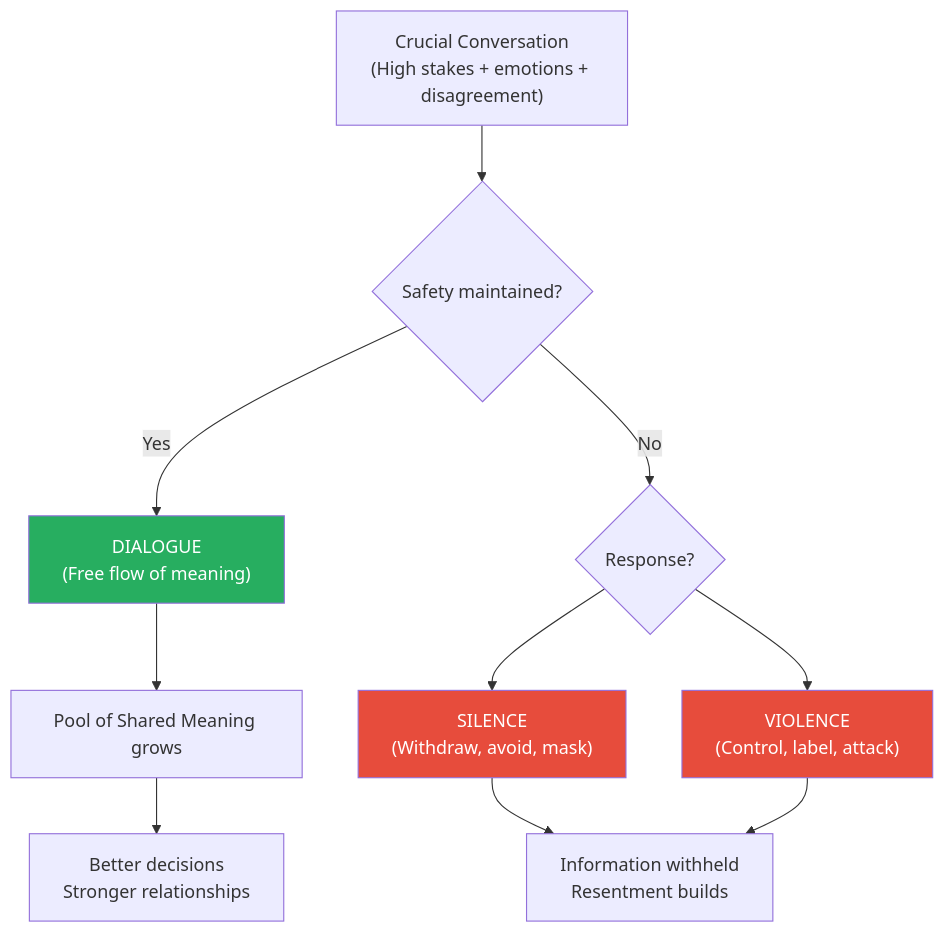
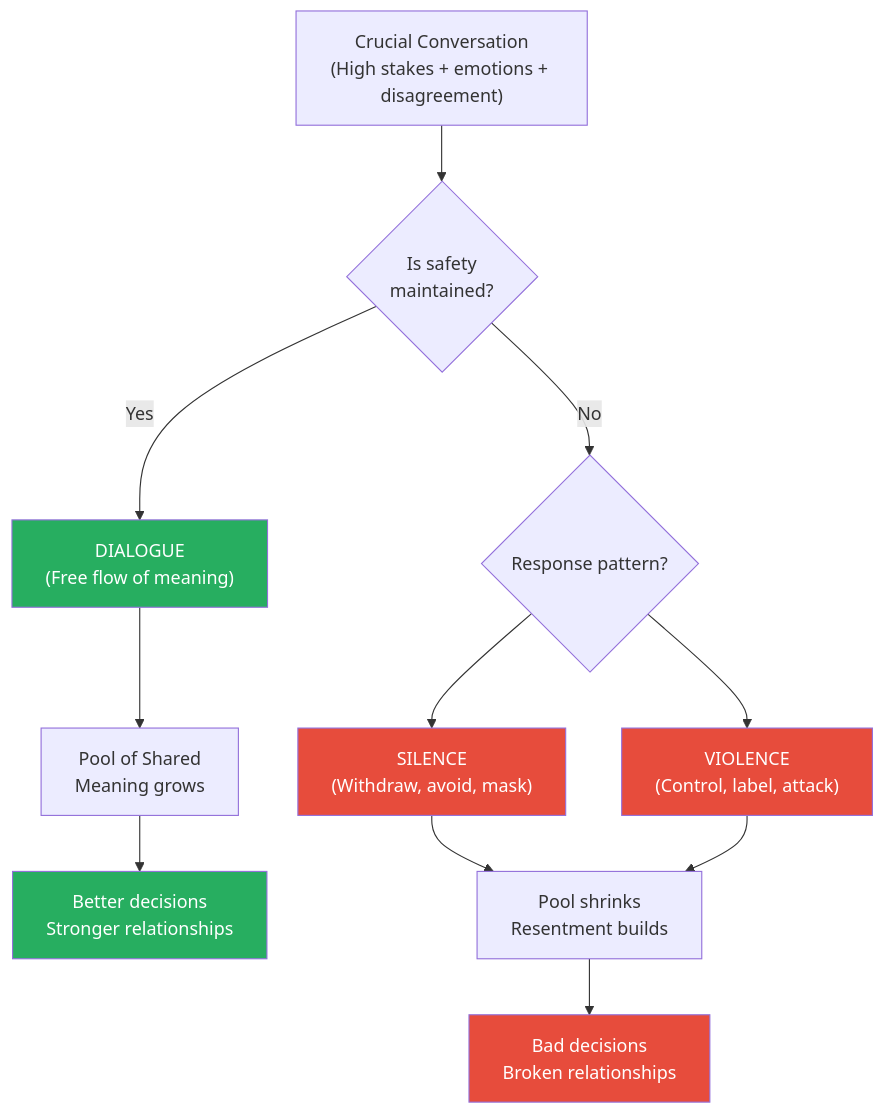
Before and after one commit to alius33/reader: the first of 6 diagrams in summaries/Power & Influence/Crucial Conversations - Kerry Patterson.md, drawn with Mermaid. The commit also changed other lines of this file and 272 other files, not shown here.

````diff
--- a/summaries/Power & Influence/Crucial Conversations - Kerry Patterson.md
+++ b/summaries/Power & Influence/Crucial Conversations - Kerry Patterson.md
@@ -29,15 +38,18 @@
 ```mermaid
 flowchart TD
-    A["Crucial Conversation\n(High stakes + emotions + disagreement)"] --> B{"Safety maintained?"}
-    B -->|Yes| C["DIALOGUE\n(Free flow of meaning)"]
-    B -->|No| D{"Response?"}
-    D --> E["SILENCE\n(Withdraw, avoid, mask)"]
-    D --> F["VIOLENCE\n(Control, label, attack)"]
-    C --> G["Pool of Shared Meaning grows"]
-    G --> H["Better decisions\nStronger relationships"]
-    E --> I["Information withheld\nResentment builds"]
+    A["Crucial Conversation<br>(High stakes + emotions + disagreement)"] --> B{"Is safety<br>maintained?"}
+    B -->|Yes| C["DIALOGUE<br>(Free flow of meaning)"]
+    B -->|No| D{"Response pattern?"}
+    D --> E["SILENCE<br>(Withdraw, avoid, mask)"]
+    D --> F["VIOLENCE<br>(Control, label, attack)"]
+    C --> G["Pool of Shared<br>Meaning grows"]
+    G --> H["Better decisions<br>Stronger relationships"]
+    E --> I["Pool shrinks<br>Resentment builds"]
     F --> I
+    I --> J["Bad decisions<br>Broken relationships"]
     style C fill:#27ae60,color:#fff
     style E fill:#e74c3c,color:#fff
     style F fill:#e74c3c,color:#fff
+    style H fill:#27ae60,color:#fff
+    style J fill:#e74c3c,color:#fff
 ```
````
